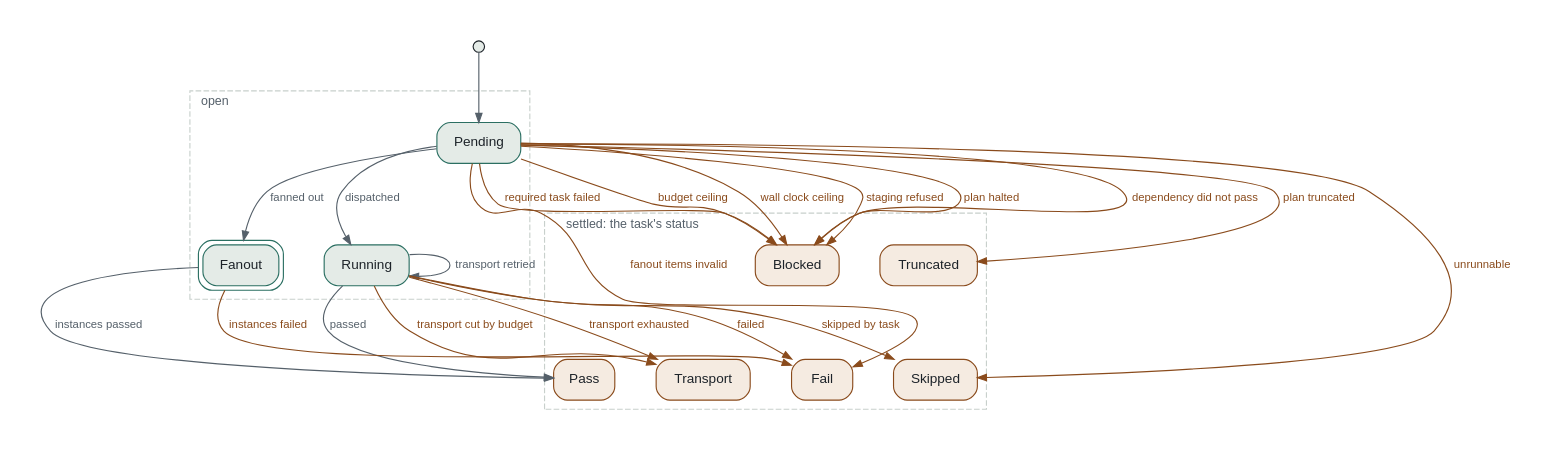
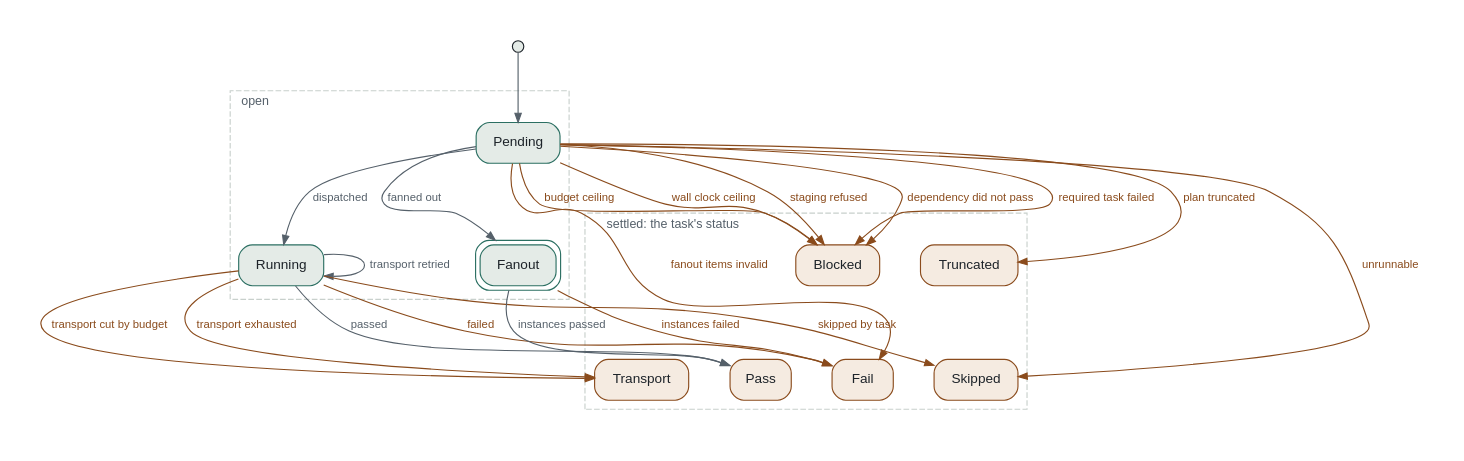
Before and after one commit to neuralmagic/crucible: the diagram in docs/img/plan-task-states.dot, drawn with Graphviz. The commit also changed 19 other files, not shown here.

```diff
--- a/docs/img/plan-task-states.dot
+++ b/docs/img/plan-task-states.dot
@@ -1,41 +1,40 @@
 digraph task {
     graph [rankdir=TB, fontname="Helvetica", fontsize=11, fontcolor="#55606a", pad=0.4, nodesep=0.5, ranksep=0.7, splines=true, newrank=true];
     node [shape=box, style="rounded,filled", fillcolor="#e4ebe7", color="#2b6f62", fontname="Helvetica", fontsize=12, fontcolor="#1d2329", margin="0.18,0.1"];
     edge [fontname="Helvetica", fontsize=10, color="#55606a", fontcolor="#55606a", arrowsize=0.8];
     start [shape=point, width=0.14, color="#1d2329"];
     subgraph cluster_0 {
         label="open"; style=dashed; color="#c8d0cc"; labeljust=l;
         Pending;
         Running;
         Fanout [peripheries=2];
     }
     subgraph cluster_1 {
         label="settled: the task's status"; style=dashed; color="#c8d0cc"; labeljust=l;
         Pass [fillcolor="#f5ebe1", color="#8a4b1c"];
         Fail [fillcolor="#f5ebe1", color="#8a4b1c"];
         Skipped [fillcolor="#f5ebe1", color="#8a4b1c"];
         Transport [fillcolor="#f5ebe1", color="#8a4b1c"];
         Blocked [fillcolor="#f5ebe1", color="#8a4b1c"];
         Truncated [fillcolor="#f5ebe1", color="#8a4b1c"];
     }
     start -> Pending;
     Pending -> Running [label="dispatched"];
     Pending -> Fanout [label="fanned out"];
     Pending -> Skipped [label="unrunnable", color="#8a4b1c", fontcolor="#8a4b1c"];
     Pending -> Blocked [label="dependency did not pass", color="#8a4b1c", fontcolor="#8a4b1c"];
     Pending -> Blocked [label="required task failed", color="#8a4b1c", fontcolor="#8a4b1c"];
     Pending -> Blocked [label="budget ceiling", color="#8a4b1c", fontcolor="#8a4b1c"];
     Pending -> Blocked [label="wall clock ceiling", color="#8a4b1c", fontcolor="#8a4b1c"];
     Pending -> Blocked [label="staging refused", color="#8a4b1c", fontcolor="#8a4b1c"];
-    Pending -> Blocked [label="plan halted", color="#8a4b1c", fontcolor="#8a4b1c"];
     Pending -> Truncated [label="plan truncated", color="#8a4b1c", fontcolor="#8a4b1c"];
     Pending -> Fail [label="fanout items invalid", color="#8a4b1c", fontcolor="#8a4b1c"];
     Running -> Pass [label="passed"];
     Running -> Fail [label="failed", color="#8a4b1c", fontcolor="#8a4b1c"];
     Running -> Skipped [label="skipped by task", color="#8a4b1c", fontcolor="#8a4b1c"];
     Running -> Running [label="transport retried"];
     Running -> Transport [label="transport exhausted", color="#8a4b1c", fontcolor="#8a4b1c"];
     Running -> Transport [label="transport cut by budget", color="#8a4b1c", fontcolor="#8a4b1c"];
     Fanout -> Pass [label="instances passed"];
     Fanout -> Fail [label="instances failed", color="#8a4b1c", fontcolor="#8a4b1c"];
 }
```
